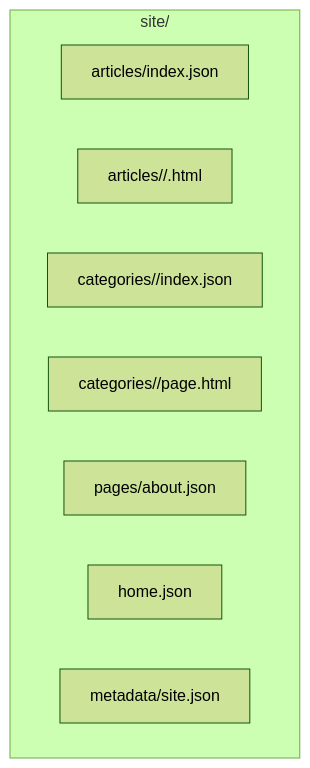
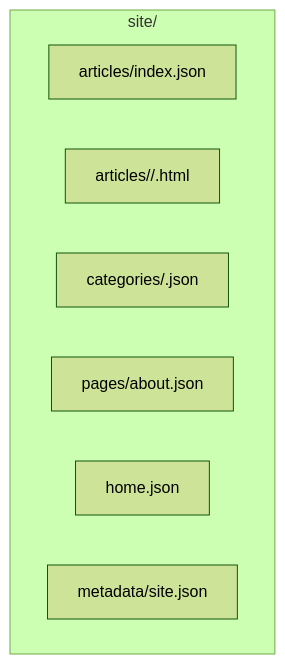
Before and after one commit to okawak/okawak_blog: the third of 4 diagrams in docs/architecture/architecture.md, drawn with Mermaid (forest theme). The commit also changed other lines of this file and 19 other files, not shown here.

````diff
--- a/docs/architecture/architecture.md
+++ b/docs/architecture/architecture.md
@@ -311,12 +307,11 @@
 ```mermaid
 flowchart TB
     subgraph SiteArtifacts["site/"]
         A1["articles/index.json"]
         A2["articles/<category>/<slug>.html"]
-        C1["categories/<category>/index.json"]
-        C2["categories/<category>/page.html"]
+        C1["categories/<category>.json"]
         P1["pages/about.json"]
         H1["home.json"]
         M1["metadata/site.json"]
     end
 ```
````
